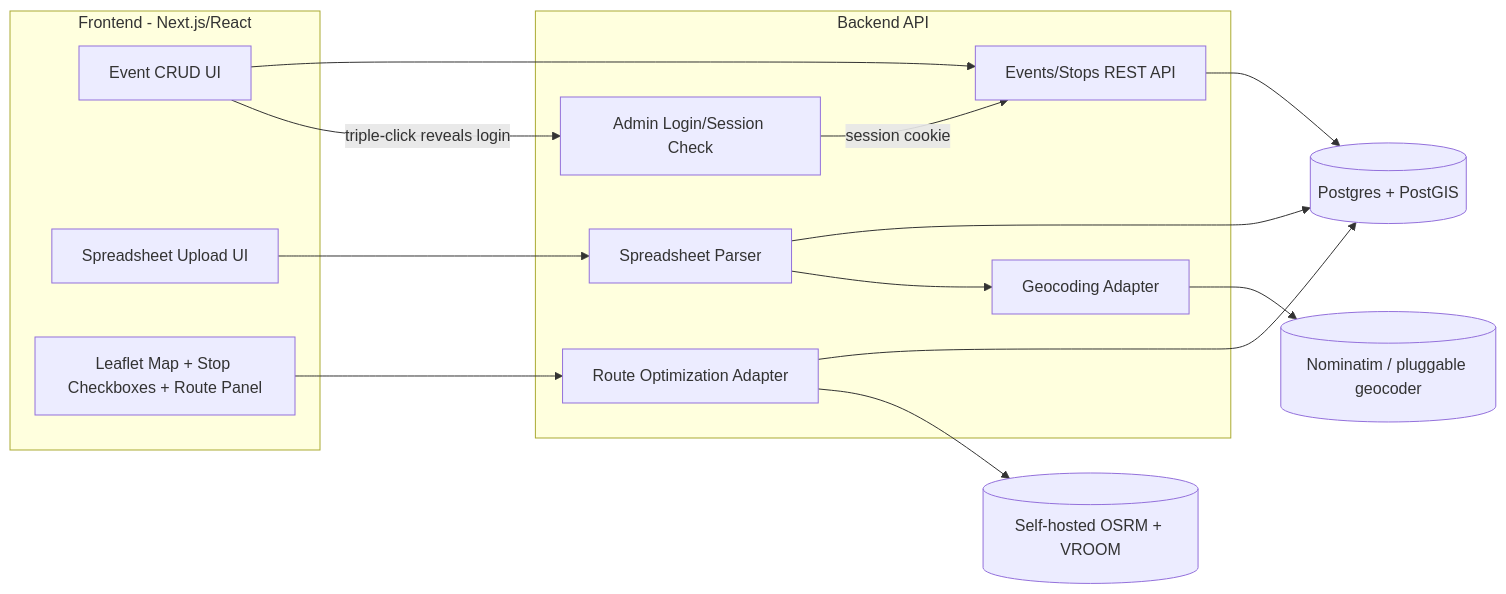
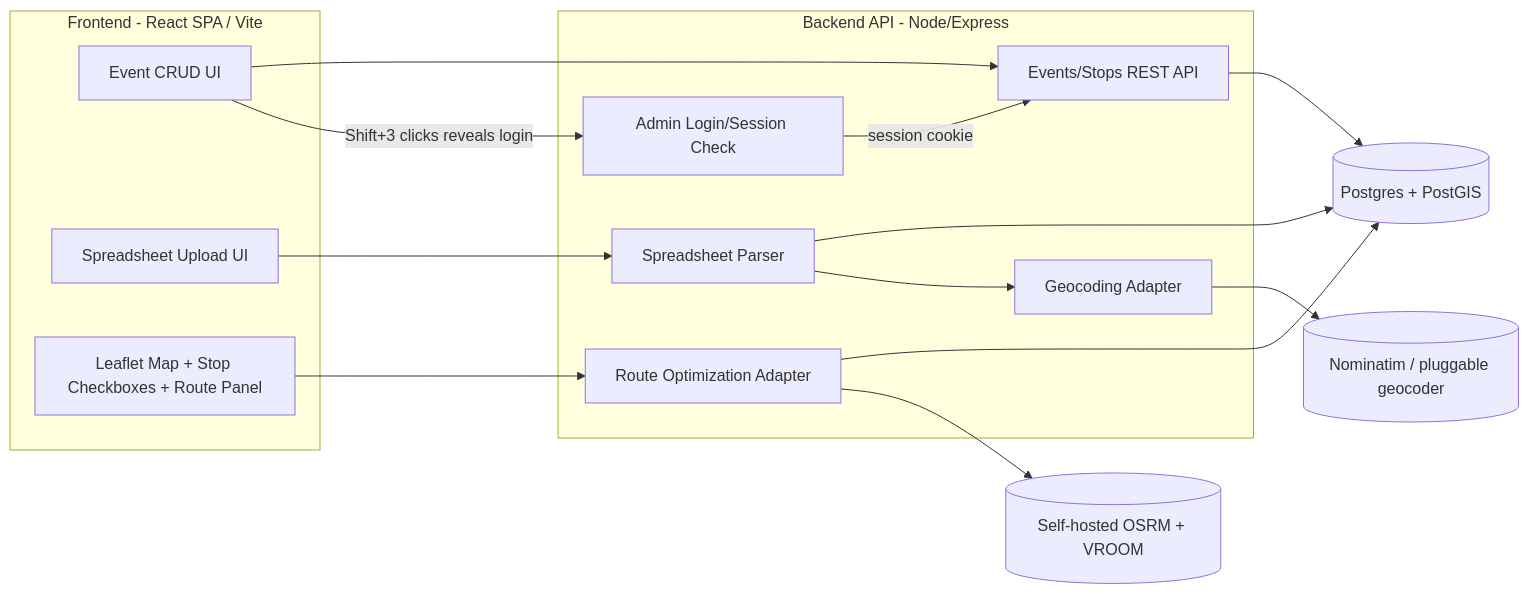
Before and after one commit to dtaylor113/yard-sale-mapper: the diagram in ROADMAP.md, drawn with Mermaid. The commit also changed other lines of this file and 46 other files, not shown here.

First line of the commit message:
Replace Next.js with a plain Vite + React Router SPA

````diff
--- a/ROADMAP.md
+++ b/ROADMAP.md
@@ -95,29 +95,29 @@
 ```mermaid
 flowchart LR
-  subgraph Client [Frontend - Next.js/React]
+  subgraph Client [Frontend - React SPA / Vite]
     UI[Event CRUD UI]
     Upload[Spreadsheet Upload UI]
     MapView[Leaflet Map + Stop Checkboxes + Route Panel]
   end
 
-  subgraph Server [Backend API]
+  subgraph Server [Backend API - Node/Express]
     AdminAuth[Admin Login/Session Check]
     EventsAPI[Events/Stops REST API]
     ImportSvc[Spreadsheet Parser]
     GeocodeSvc[Geocoding Adapter]
     RouteSvc[Route Optimization Adapter]
   end
 
   DB[(Postgres + PostGIS)]
   Geocoder[(Nominatim / pluggable geocoder)]
   Router[(Self-hosted OSRM + VROOM)]
 
-  UI -- triple-click reveals login --> AdminAuth
+  UI -- Shift+3 clicks reveals login --> AdminAuth
   AdminAuth -- session cookie --> EventsAPI
   UI --> EventsAPI
   Upload --> ImportSvc --> GeocodeSvc --> Geocoder
   ImportSvc --> DB
   EventsAPI --> DB
   MapView --> RouteSvc --> Router
   RouteSvc --> DB
 ```
````
